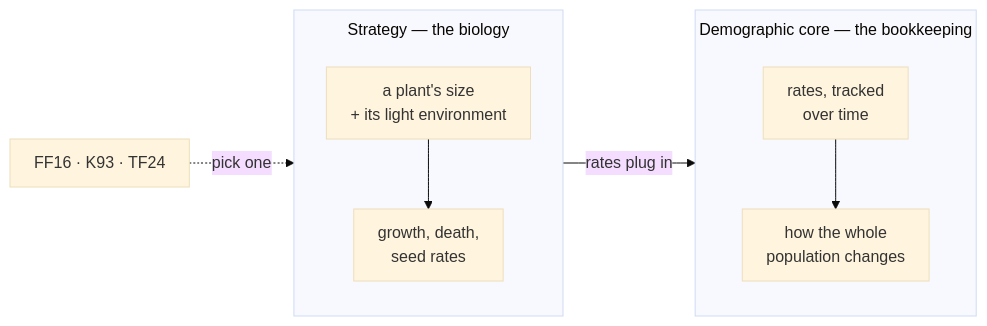
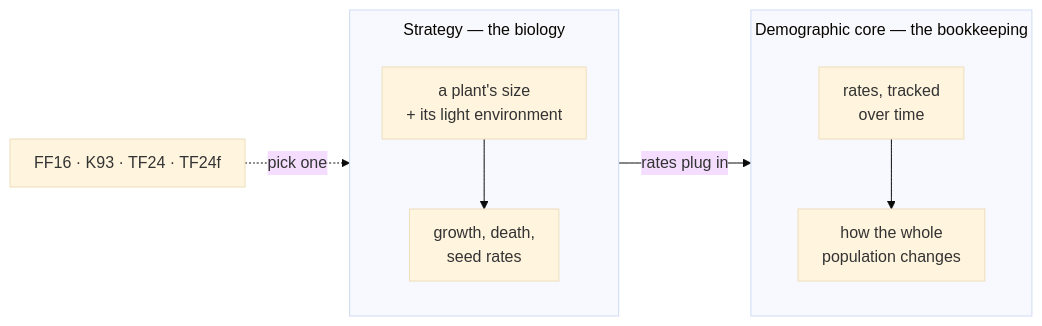
The second of 7 diagrams in theory/overview.qmd (traitecoevo/overstorey), drawn with Mermaid (base theme) before and after one commit. The commit also changed other lines of this file and 5 other files, not shown here.

````diff
--- a/theory/overview.qmd
+++ b/theory/overview.qmd
@@ -96,14 +96,14 @@
 ```{mermaid}
 %%{init: {"flowchart": {"subGraphTitleMargin": {"top": 8, "bottom": 14}, "padding": 12, "nodeSpacing": 45, "rankSpacing": 45}}}%%
 flowchart LR
   subgraph S["Strategy — the biology"]
     direction TB
     s1["a plant's size<br/>+ its light environment"] --> s2["growth, death,<br/>seed rates"]
   end
   subgraph D["Demographic core — the bookkeeping"]
     direction TB
     d1["rates, tracked<br/>over time"] --> d2["how the whole<br/>population changes"]
   end
   S -->|"rates plug in"| D
-  models["FF16 · K93 · TF24"] -.->|"pick one"| S
+  models["FF16 · K93 · TF24 · TF24f"] -.->|"pick one"| S
 ```
````
